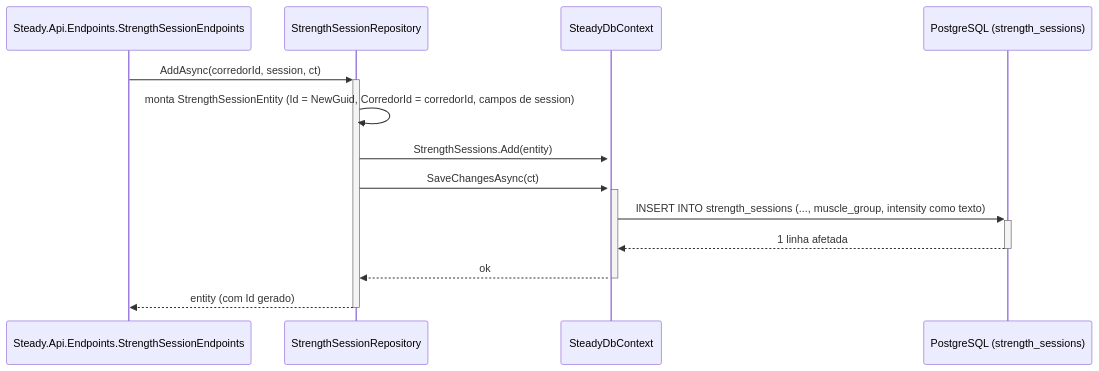
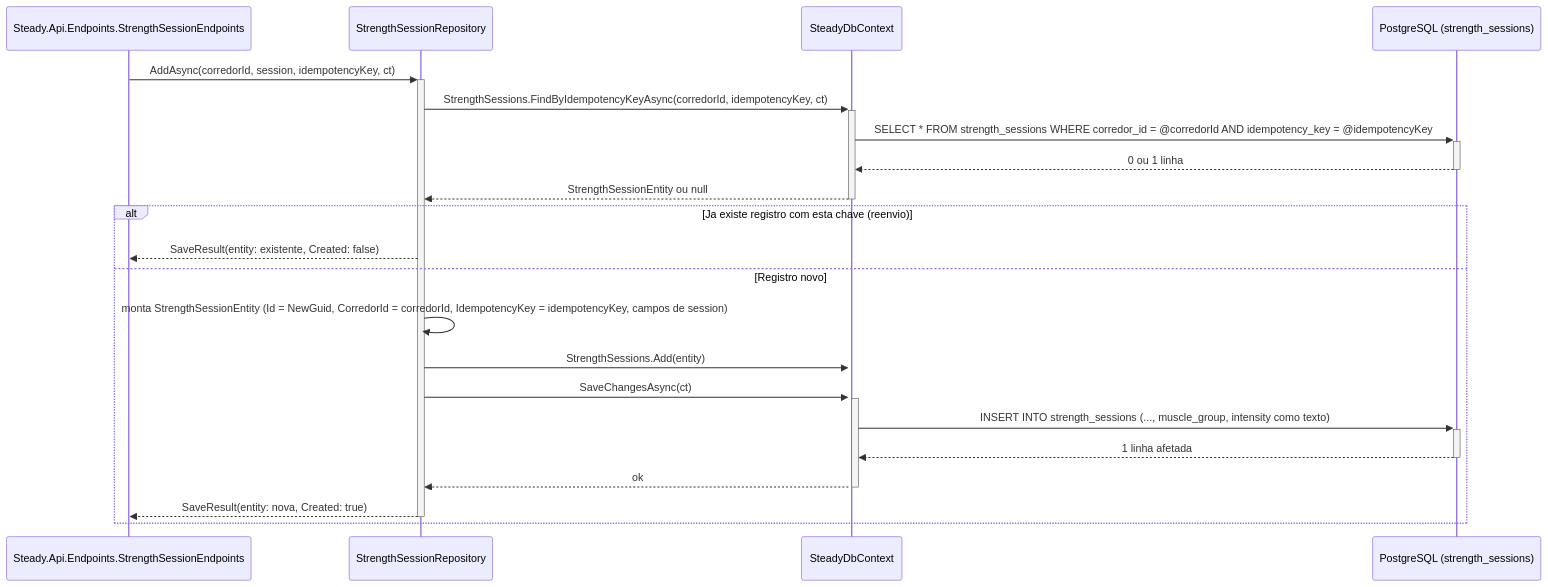
The first of 3 diagrams in DocumentAIReadme/Steady.Infrastructure/DevDocs/StrengthSessionRepository-Persistencia-Treino-DevDocs.md (JoaoFPedro/steady-ia), drawn with Mermaid before and after one commit. The commit also changed other lines of this file and 28 other files, not shown here.

````diff
--- a/DocumentAIReadme/Steady.Infrastructure/DevDocs/StrengthSessionRepository-Persistencia-Treino-DevDocs.md
+++ b/DocumentAIReadme/Steady.Infrastructure/DevDocs/StrengthSessionRepository-Persistencia-Treino-DevDocs.md
@@ -68,16 +74,24 @@
 ```mermaid
 sequenceDiagram
     participant Endpoint as Steady.Api.Endpoints.StrengthSessionEndpoints
     participant Repository as StrengthSessionRepository
     participant Context as SteadyDbContext
     participant Database as PostgreSQL (strength_sessions)
 
-    Endpoint->>+Repository: AddAsync(corredorId, session, ct)
-    Repository->>Repository: monta StrengthSessionEntity (Id = NewGuid, CorredorId = corredorId, campos de session)
-    Repository->>+Context: StrengthSessions.Add(entity)
-    Repository->>+Context: SaveChangesAsync(ct)
-    Context->>+Database: INSERT INTO strength_sessions (..., muscle_group, intensity como texto)
-    Database-->>-Context: 1 linha afetada
-    Context-->>-Repository: ok
-    Repository-->>-Endpoint: entity (com Id gerado)
+    Endpoint->>+Repository: AddAsync(corredorId, session, idempotencyKey, ct)
+    Repository->>+Context: StrengthSessions.FindByIdempotencyKeyAsync(corredorId, idempotencyKey, ct)
+    Context->>+Database: SELECT * FROM strength_sessions WHERE corredor_id = @corredorId AND idempotency_key = @idempotencyKey
+    Database-->>-Context: 0 ou 1 linha
+    Context-->>-Repository: StrengthSessionEntity ou null
+    alt Ja existe registro com esta chave (reenvio)
+        Repository-->>Endpoint: SaveResult(entity: existente, Created: false)
+    else Registro novo
+        Repository->>Repository: monta StrengthSessionEntity (Id = NewGuid, CorredorId = corredorId, IdempotencyKey = idempotencyKey, campos de session)
+        Repository->>+Context: StrengthSessions.Add(entity)
+        Repository->>+Context: SaveChangesAsync(ct)
+        Context->>+Database: INSERT INTO strength_sessions (..., muscle_group, intensity como texto)
+        Database-->>-Context: 1 linha afetada
+        Context-->>-Repository: ok
+        Repository-->>-Endpoint: SaveResult(entity: nova, Created: true)
+    end
 ```
````
